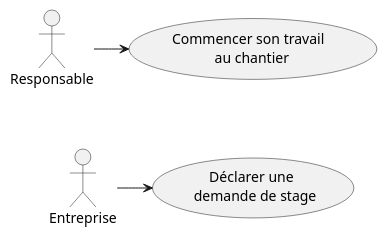
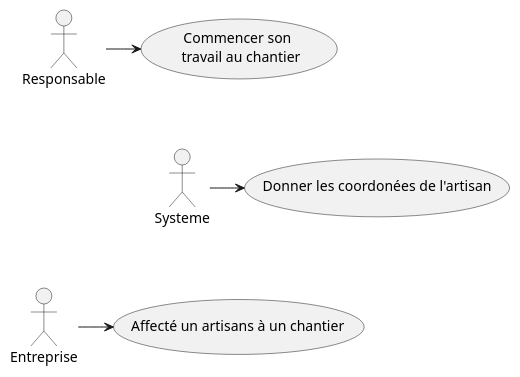
One commit to IUT-Blagnac/r2-01-conception-td5-Christopher973 changed the diagram in diagrammes/uc.plantuml. Above: the diagram before and after it, drawn with PlantUML.

```diff
--- a/diagrammes/uc.plantuml
+++ b/diagrammes/uc.plantuml
@@ -1,15 +1,29 @@
 @startuml
 
-usecase r as "Commencer son travail \n au chantier"
-usecase d as "Déclarer une \n demande de stage"
+usecase r as "Commencer son \n travail au chantier"
+
+
+usecase d as "Donner une spécialitée"
+usecase d as "Affecté un artisans à un chantier"
+
+
+usecase s as "Donner une date de début du chantier"
+usecase s as "Donner une date de fin du chantier"
+usecase s as "Donner une adresse du chantier"
+usecase s as "Déclarer un salaire horaire de l'artisan"
+usecase s as "Donner les coordonées de l'artisan"
 
 actor Responsable
 actor Entreprise 
+actor Systeme
 
 'Pour aligner les 2 acteurs :
 r -[hidden]-> d
+r -[hidden]-> s
+s -[hidden]-> d
 
 Responsable -> r
 Entreprise -> d
+Systeme -> s
 
 @enduml
```
